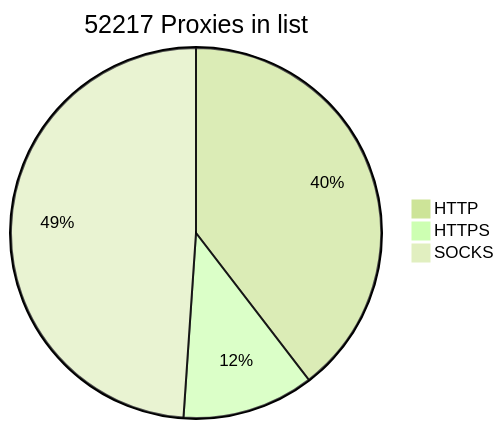
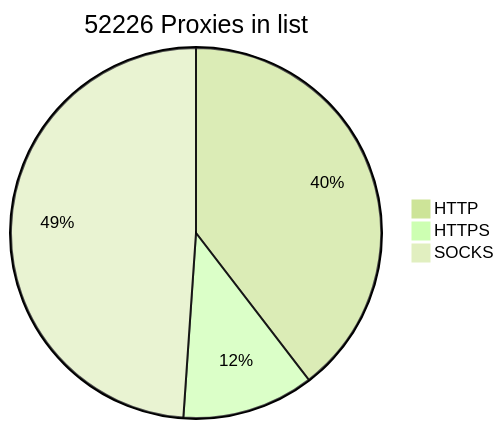
One commit to BlackSnowDot/proxylist-update-every-minute changed the diagram in README.md. Above: the diagram before and after it, drawn with Mermaid (forest theme).

````diff
--- a/README.md
+++ b/README.md
@@ -2,6 +2,6 @@
 ```mermaid
-pie title 52217 Proxies in list
-    "HTTP" : 23009
-    "HTTPS": 6689
+pie title 52226 Proxies in list
+    "HTTP" : 23014
+    "HTTPS": 6696
     "SOCKS" : 28443
 ```
````
